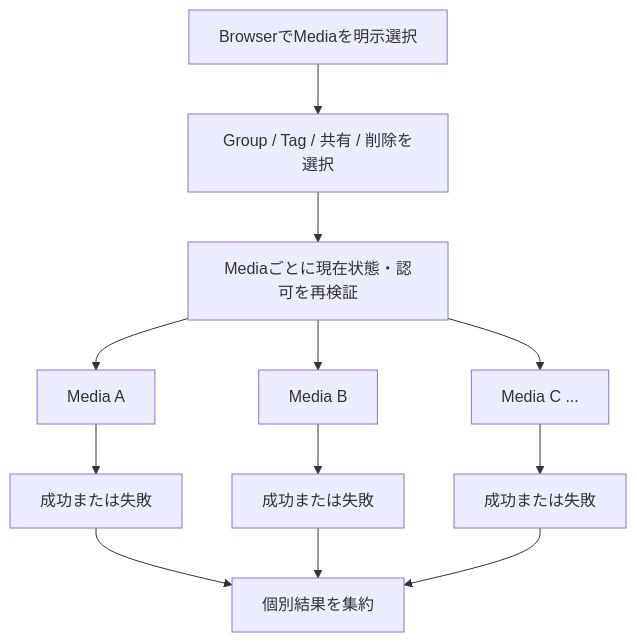
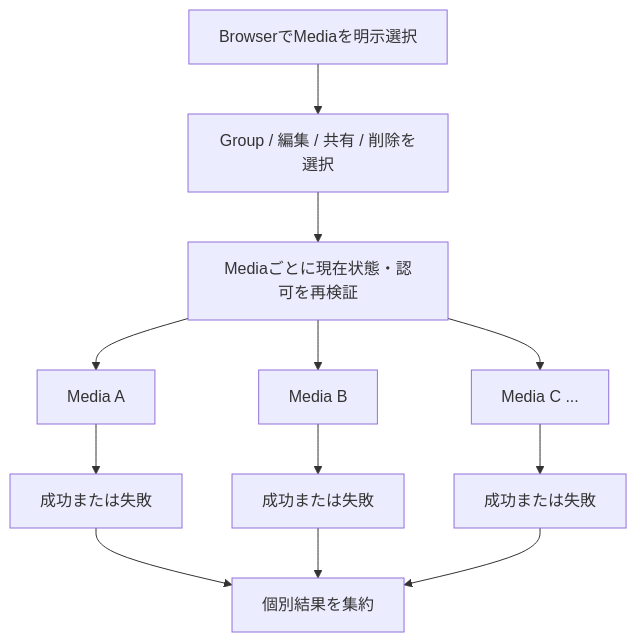
The diagram in content/screens/media-browser-detail.mdx (hazuki3417/memoria-design), drawn with Mermaid before and after one commit.

Commit message:
design: align Media bulk action diagram

````diff
--- a/content/screens/media-browser-detail.mdx
+++ b/content/screens/media-browser-detail.mdx
@@ -93,14 +93,14 @@
 ```mermaid
 flowchart TD
-    Select["BrowserでMediaを明示選択"] --> Action["Group / Tag / 共有 / 削除を選択"]
+    Select["BrowserでMediaを明示選択"] --> Action["Group / 編集 / 共有 / 削除を選択"]
     Action --> Validate["Mediaごとに現在状態・認可を再検証"]
     Validate --> M1["Media A"]
     Validate --> M2["Media B"]
     Validate --> M3["Media C ..."]
     M1 --> R1["成功または失敗"]
     M2 --> R2["成功または失敗"]
     M3 --> R3["成功または失敗"]
     R1 --> Summary["個別結果を集約"]
     R2 --> Summary
     R3 --> Summary
 ```
````
